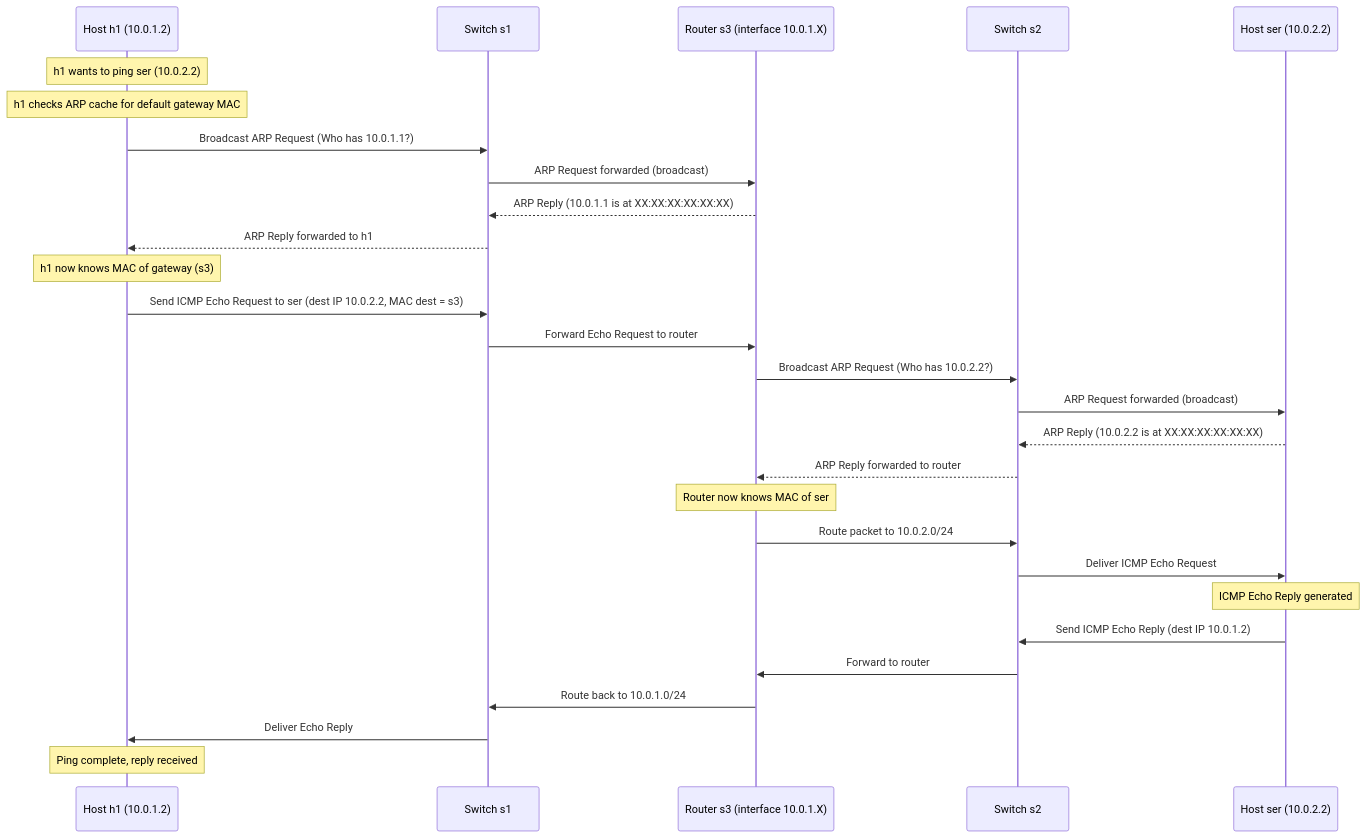
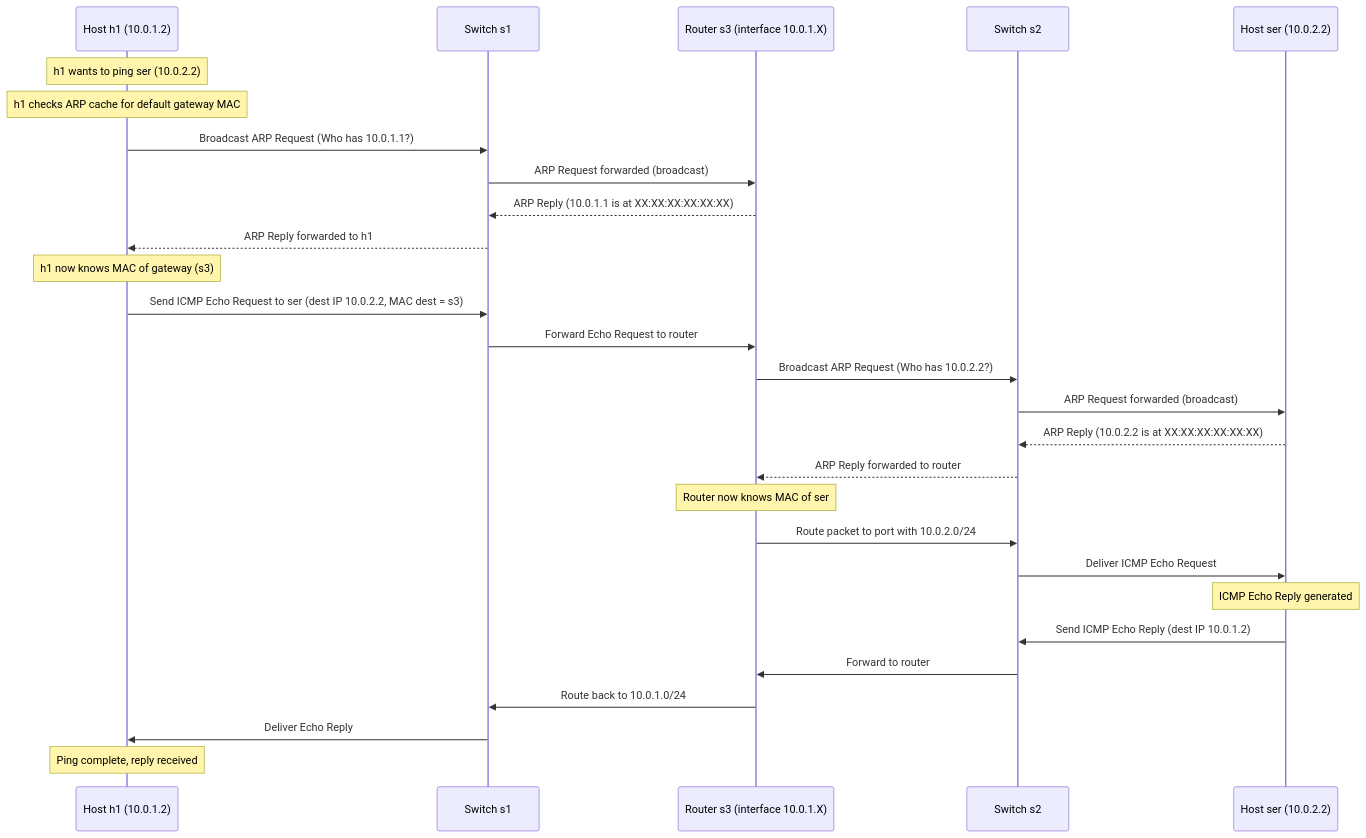
Before and after one commit to tobi-lgs/ans-ss25: the first of 2 diagrams in lab1/notes1.md, drawn with Mermaid. The commit also changed other lines of this file and 3 other files, not shown here.

Commit message:
add: sequence diagram of ping h1 h2 updated

````diff
--- a/lab1/notes1.md
+++ b/lab1/notes1.md
@@ -218,39 +218,39 @@
 ```mermaid
 sequenceDiagram
     participant h1 as Host h1 (10.0.1.2)
     participant s1 as Switch s1
     participant s3 as Router s3 (interface 10.0.1.X)
     participant s2 as Switch s2
     participant ser as Host ser (10.0.2.2)
 
     Note over h1: h1 wants to ping ser (10.0.2.2)
     Note over h1: h1 checks ARP cache for default gateway MAC
 
     h1->>s1: Broadcast ARP Request (Who has 10.0.1.1?)
     s1->>s3: ARP Request forwarded (broadcast)
     s3-->>s1: ARP Reply (10.0.1.1 is at XX:XX:XX:XX:XX:XX)
     s1-->>h1: ARP Reply forwarded to h1
 
     Note over h1: h1 now knows MAC of gateway (s3)
 
     h1->>s1: Send ICMP Echo Request to ser (dest IP 10.0.2.2, MAC dest = s3)
     s1->>s3: Forward Echo Request to router
     s3->>s2: Broadcast ARP Request (Who has 10.0.2.2?)
     s2->>ser: ARP Request forwarded (broadcast)
     ser-->>s2: ARP Reply (10.0.2.2 is at XX:XX:XX:XX:XX:XX)
     s2-->>s3: ARP Reply forwarded to router
 
     Note over s3: Router now knows MAC of ser
 
-    s3->>s2: Route packet to 10.0.2.0/24
+    s3->>s2: Route packet to port with 10.0.2.0/24
     s2->>ser: Deliver ICMP Echo Request
 
     Note over ser: ICMP Echo Reply generated
 
     ser->>s2: Send ICMP Echo Reply (dest IP 10.0.1.2)
     s2->>s3: Forward to router
     s3->>s1: Route back to 10.0.1.0/24
     s1->>h1: Deliver Echo Reply
 
     Note over h1: Ping complete, reply received
 ```
````
